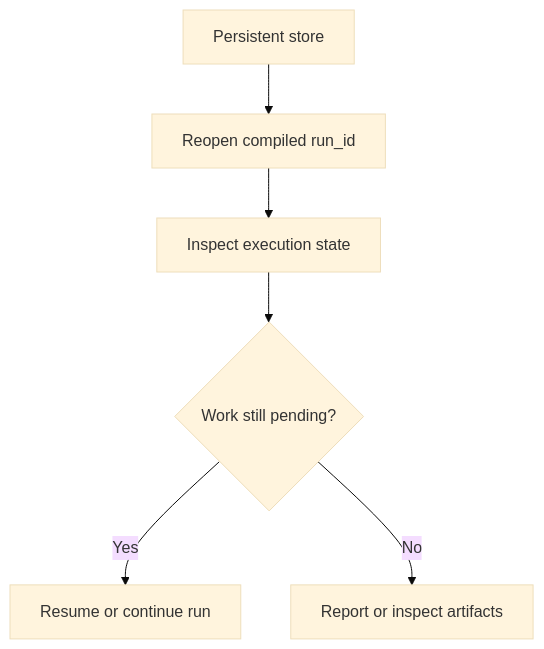
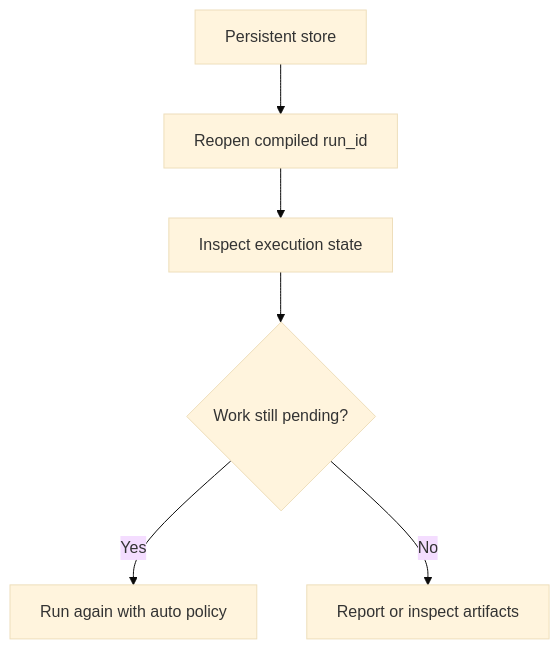
One commit to Pittawat2542/themis changed the diagram in docs/how-to/resume-and-inspect-runs.md. Above: the diagram before and after it, drawn with Mermaid (base theme). The commit also changed other lines of this file and 29 other files, not shown here.

````diff
--- a/docs/how-to/resume-and-inspect-runs.md
+++ b/docs/how-to/resume-and-inspect-runs.md
@@ -20,8 +20,8 @@
 ```mermaid
 flowchart TD
     A["Persistent store"] --> B["Reopen compiled run_id"]
     B --> C["Inspect execution state"]
     C --> D{"Work still pending?"}
-    D -->|Yes| E["Resume or continue run"]
+    D -->|Yes| E["Run again with auto policy"]
     D -->|No| F["Report or inspect artifacts"]
 ```
````
